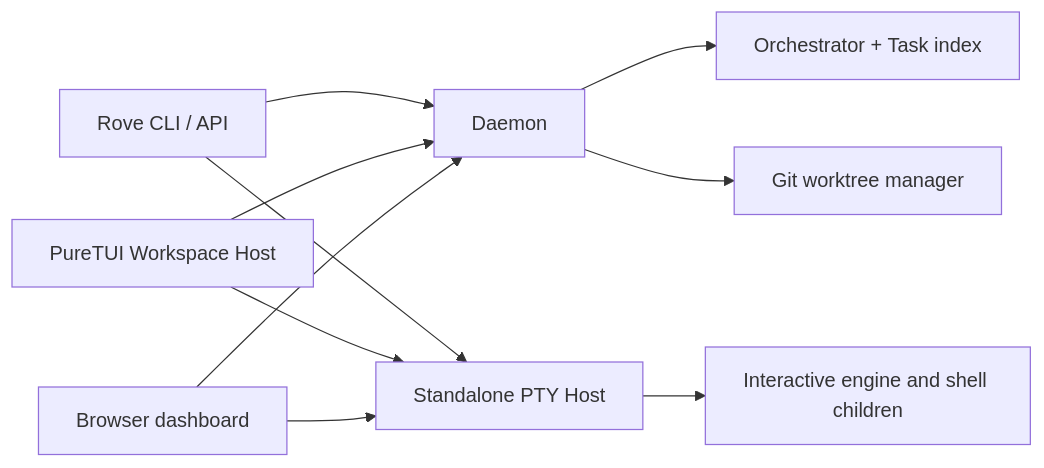
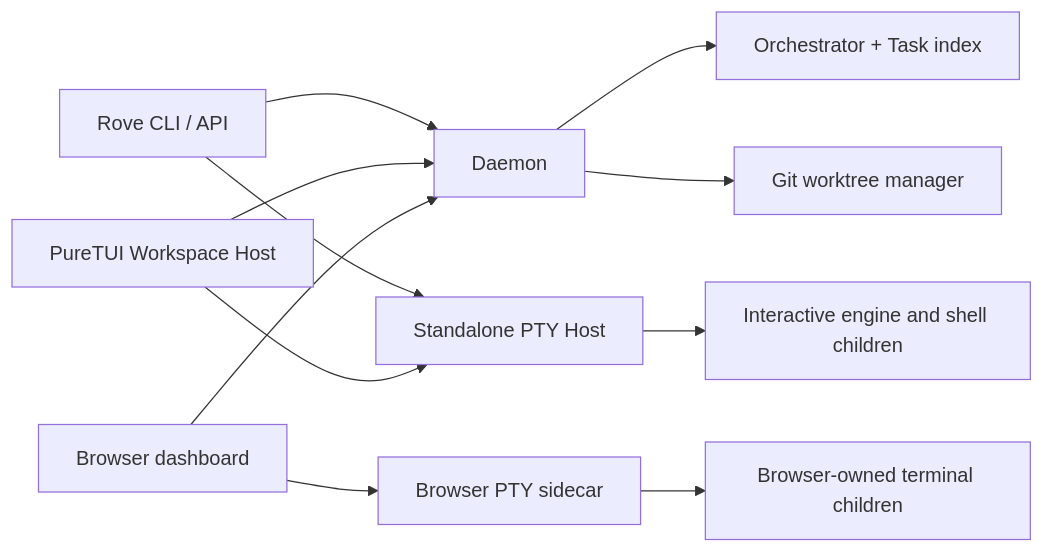
The diagram in docs/ARCHITECTURE.md (Sma1lboy/kobe), drawn with Mermaid before and after one commit. The commit also changed other lines of this file and 34 other files, not shown here.

````diff
--- a/docs/ARCHITECTURE.md
+++ b/docs/ARCHITECTURE.md
@@ -5,12 +5,13 @@
 ```mermaid
 flowchart LR
   CLI["Rove CLI / API"] --> D["Daemon"]
   TUI["PureTUI Workspace Host"] --> D
   WEB["Browser dashboard"] --> D
   D --> O["Orchestrator + Task index"]
   D --> G["Git worktree manager"]
   CLI --> P["Standalone PTY Host"]
   TUI --> P
-  WEB --> P
   P --> E["Interactive engine and shell children"]
+  WEB --> BP["Browser PTY sidecar"]
+  BP --> BE["Browser-owned terminal children"]
 ```
````
